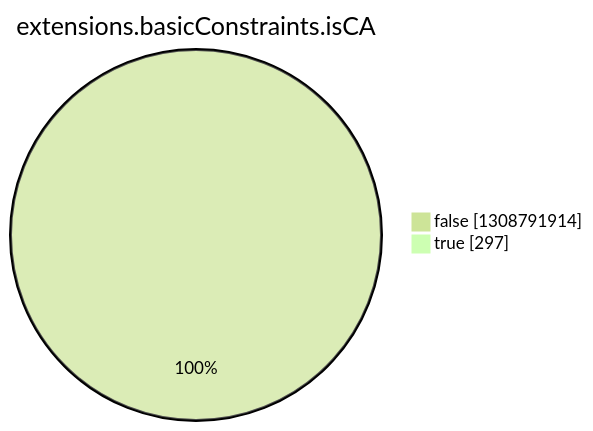
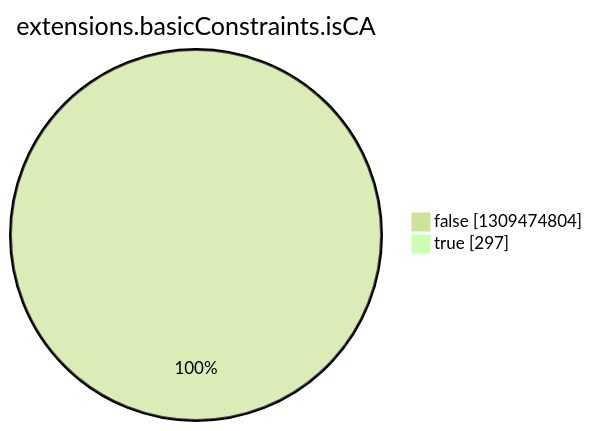
One commit to christiankrug/ctmonitor_visualization changed the eighth of 15 diagrams in argon2022/README.md. Above: the diagram before and after it, drawn with Mermaid (forest theme). The commit also changed other lines of this file, not shown here.

````diff
--- a/argon2022/README.md
+++ b/argon2022/README.md
@@ -2757,6 +2757,6 @@
 ```mermaid
 pie showData
 title extensions.basicConstraints.isCA
-"false" :1308791914
+"false" :1309474804
 "true" :297
 ```
````
